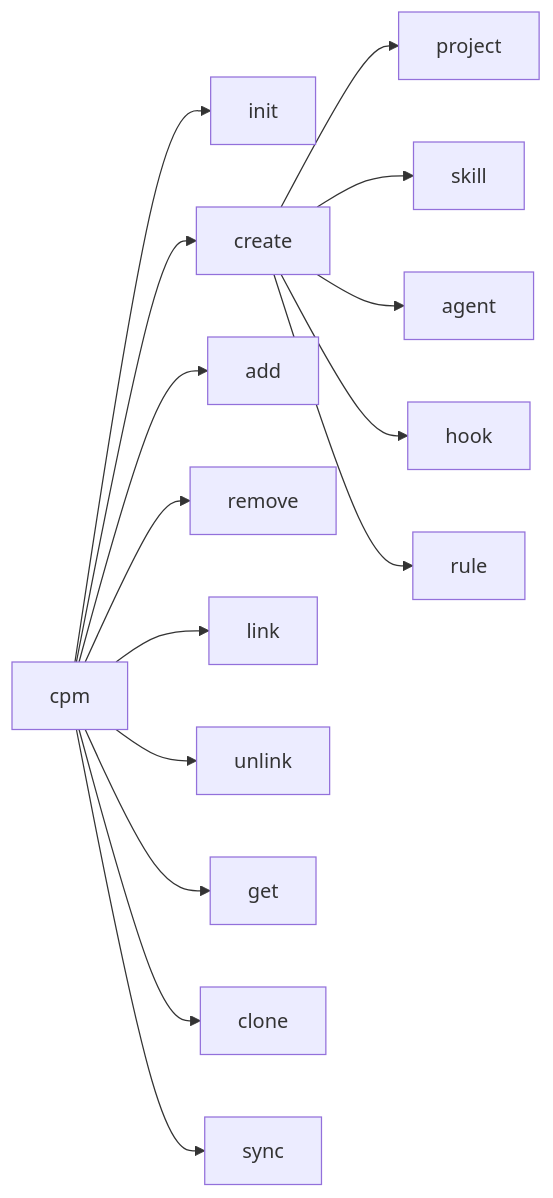
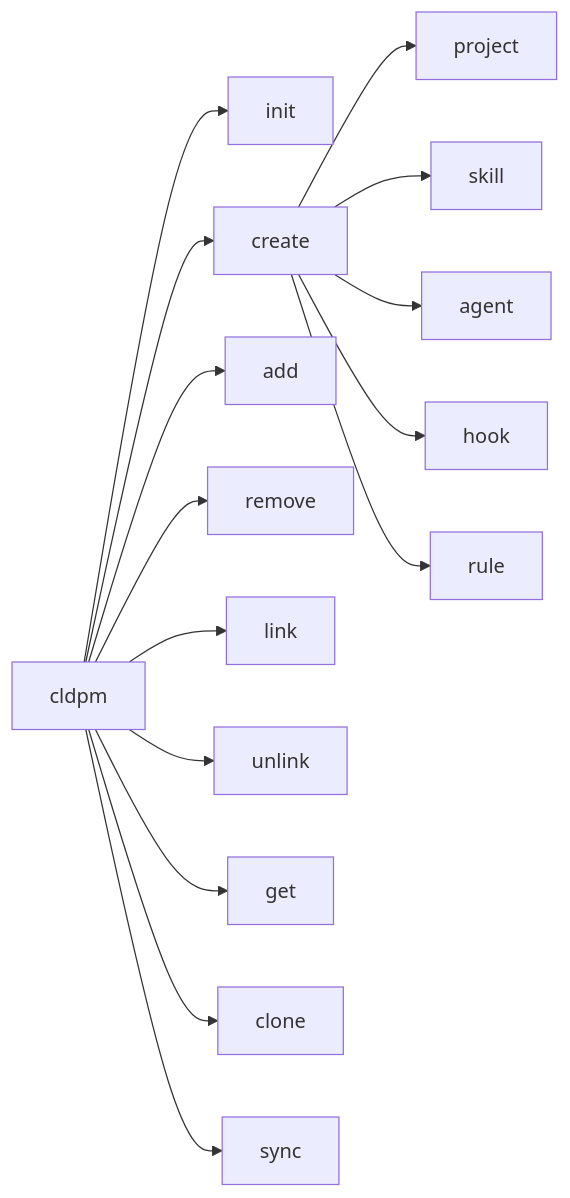
One commit to transilienceai/cldpm changed the diagram in python/CLI.md. Above: the diagram before and after it, drawn with Mermaid. The commit also changed other lines of this file and 148 other files, not shown here.

Commit message:
chore: update the package name from cpm to cldpm

````diff
--- a/python/CLI.md
+++ b/python/CLI.md
@@ -13,18 +13,18 @@
 ```mermaid
 graph LR
-    CPM[cpm] --> INIT[init]
-    CPM --> CREATE[create]
-    CPM --> ADD[add]
-    CPM --> REMOVE[remove]
-    CPM --> LINK[link]
-    CPM --> UNLINK[unlink]
-    CPM --> GET[get]
-    CPM --> CLONE[clone]
-    CPM --> SYNC[sync]
+    CLDPM[cldpm] --> INIT[init]
+    CLDPM --> CREATE[create]
+    CLDPM --> ADD[add]
+    CLDPM --> REMOVE[remove]
+    CLDPM --> LINK[link]
+    CLDPM --> UNLINK[unlink]
+    CLDPM --> GET[get]
+    CLDPM --> CLONE[clone]
+    CLDPM --> SYNC[sync]
 
     CREATE --> PROJECT[project]
     CREATE --> SKILL[skill]
     CREATE --> AGENT[agent]
     CREATE --> HOOK[hook]
     CREATE --> RULE[rule]
 ```
````
